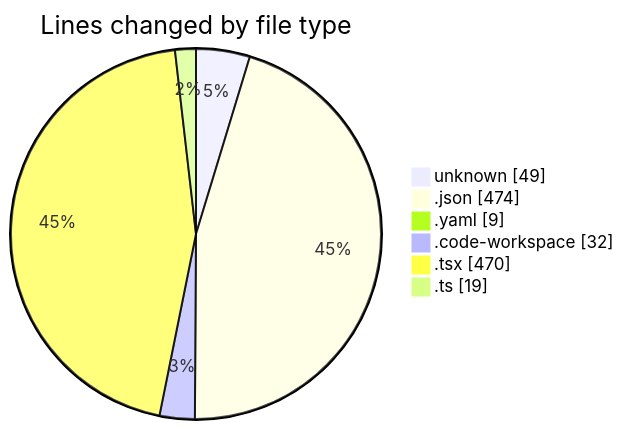
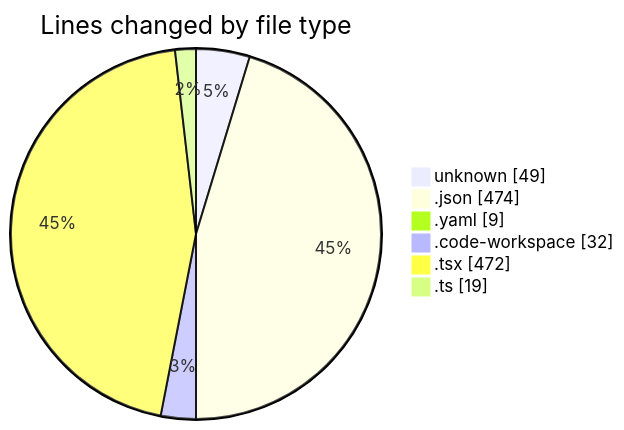
Before and after one commit to jadenblack/code-tracking: the first of 2 diagrams in 2026-03-04/shadcn-admin-kit-main__workspace_/README.md, drawn with Mermaid. The commit also changed other lines of this file and 1 other file, not shown here.

````diff
--- a/2026-03-04/shadcn-admin-kit-main__workspace_/README.md
+++ b/2026-03-04/shadcn-admin-kit-main__workspace_/README.md
@@ -36,10 +36,10 @@
 ```mermaid
 pie showData
 title Lines changed by file type
 "unknown" : 49
 ".json" : 474
 ".yaml" : 9
 ".code-workspace" : 32
-".tsx" : 470
+".tsx" : 472
 ".ts" : 19
 ```
````
